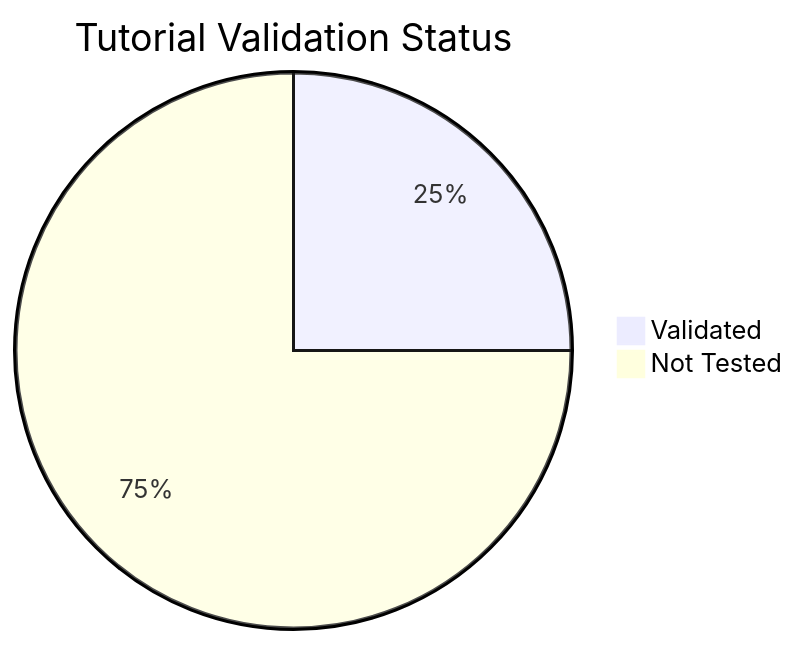
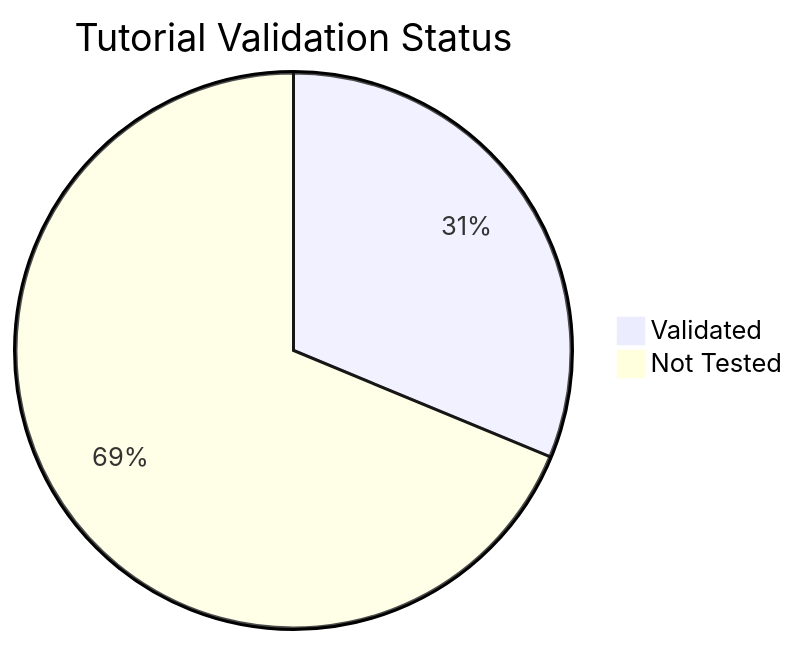
Before and after one commit to yeongseon/azure-functions-practical-guide: the diagram in docs/reference/validation-status.md, drawn with Mermaid. The commit also changed other lines of this file and 7 other files, not shown here.

````diff
--- a/docs/reference/validation-status.md
+++ b/docs/reference/validation-status.md
@@ -17,5 +17,5 @@
 ```mermaid
 pie title Tutorial Validation Status
-    "Validated" : 28
-    "Not Tested" : 84
+    "Validated" : 35
+    "Not Tested" : 77
 ```
````
